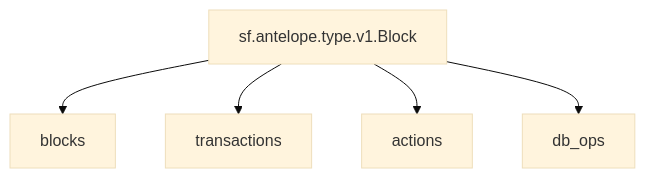
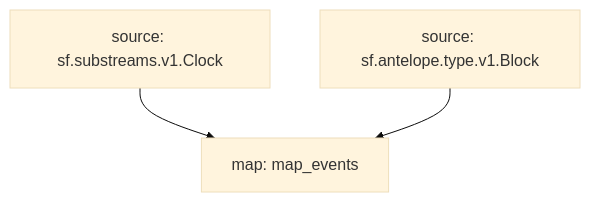
The diagram in blocks/antelope/README.md (pinax-network/substreams-raw-blocks), drawn with Mermaid (base theme) before and after one commit. The commit also changed other lines of this file and 2 other files, not shown here.

````diff
--- a/blocks/antelope/README.md
+++ b/blocks/antelope/README.md
@@ -26,8 +26,6 @@
 ```mermaid
 graph TD;
-  raw[sf.antelope.type.v1.Block];
-  raw --> blocks;
-  raw --> transactions;
-  raw --> actions;
-  raw --> db_ops;
+  map_events[map: map_events];
+  sf.substreams.v1.Clock[source: sf.substreams.v1.Clock] --> map_events;
+  sf.antelope.type.v1.Block[source: sf.antelope.type.v1.Block] --> map_events;
 ```
````
